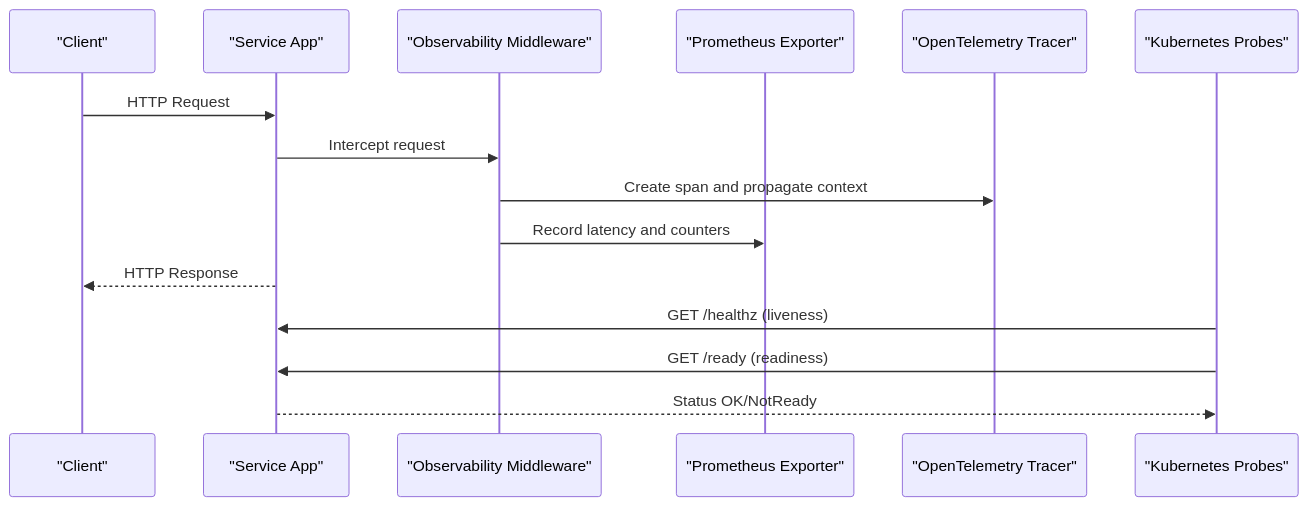
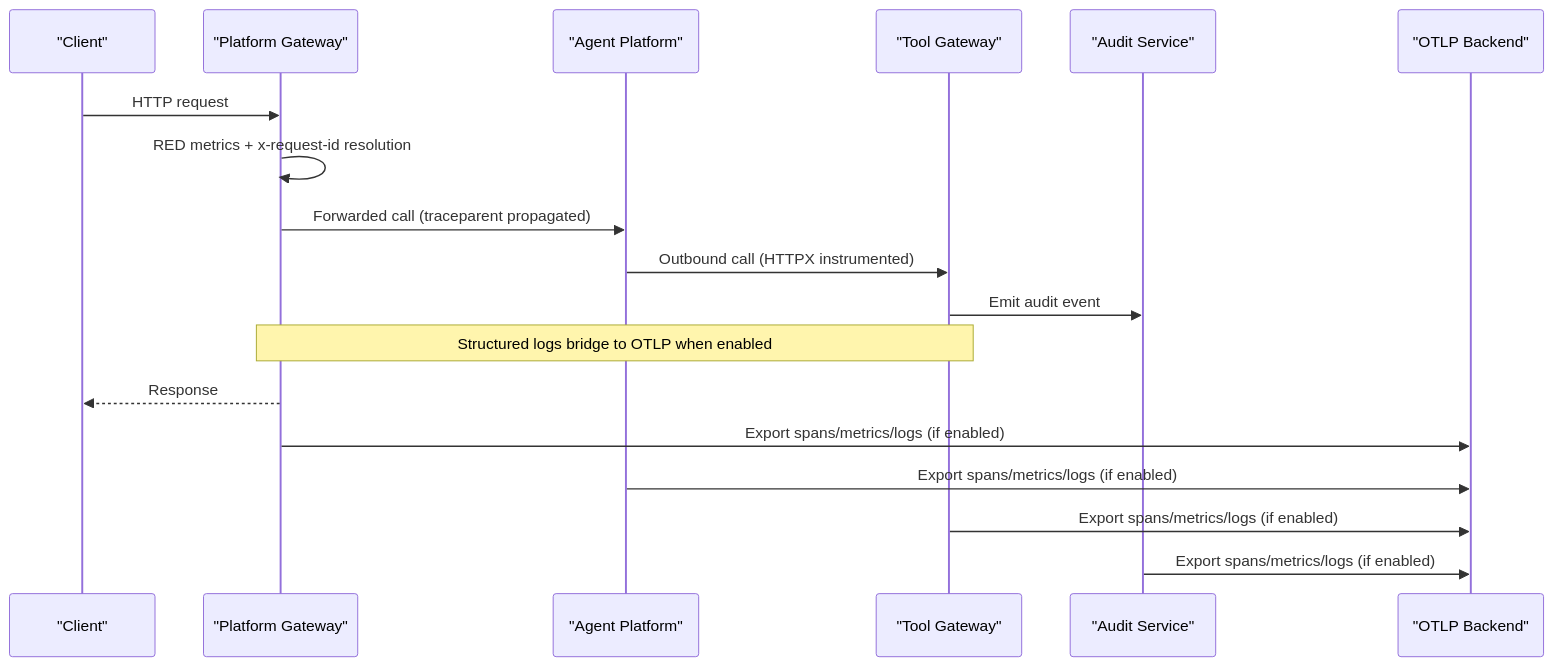
Before and after one commit to metasync/luban-aiops: the second of 5 diagrams in .qoder/repowiki/en/content/Deployment and Operations/Monitoring and Observability.md, drawn with Mermaid. The commit also changed other lines of this file and 843 other files, not shown here.

````diff
--- a/.qoder/repowiki/en/content/Deployment and Operations/Monitoring and Observability.md
+++ b/.qoder/repowiki/en/content/Deployment and Operations/Monitoring and Observability.md
@@ -151,17 +83,20 @@
 ```mermaid
 sequenceDiagram
 participant Client as "Client"
-participant Service as "Service App"
-participant Obs as "Observability Middleware"
-participant Metrics as "Prometheus Exporter"
-participant Tracer as "OpenTelemetry Tracer"
-participant Kube as "Kubernetes Probes"
-Client->>Service : HTTP Request
-Service->>Obs : Intercept request
-Obs->>Tracer : Create span and propagate context
-Obs->>Metrics : Record latency and counters
-Service-->>Client : HTTP Response
-Kube->>Service : GET /healthz (liveness)
-Kube->>Service : GET /ready (readiness)
-Service-->>Kube : Status OK/NotReady
+participant Gateway as "Platform Gateway"
+participant Agent as "Agent Platform"
+participant ToolGW as "Tool Gateway"
+participant Audit as "Audit Service"
+participant OTLP as "OTLP Backend"
+Client->>Gateway : HTTP request
+Gateway->>Gateway : RED metrics + x-request-id resolution
+Gateway->>Agent : Forwarded call (traceparent propagated)
+Agent->>ToolGW : Outbound call (HTTPX instrumented)
+ToolGW->>Audit : Emit audit event
+Note over Gateway,ToolGW : Structured logs bridge to OTLP when enabled
+Gateway-->>Client : Response
+Gateway->>OTLP : Export spans/metrics/logs (if enabled)
+Agent->>OTLP : Export spans/metrics/logs (if enabled)
+ToolGW->>OTLP : Export spans/metrics/logs (if enabled)
+Audit->>OTLP : Export spans/metrics/logs (if enabled)
 ```
````
